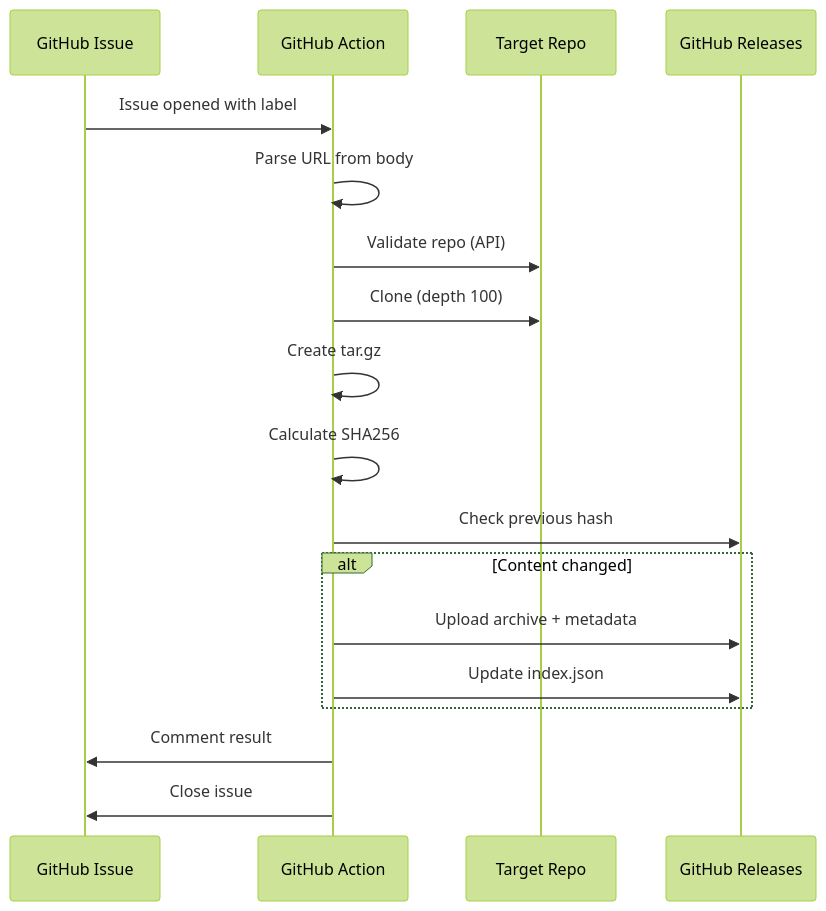
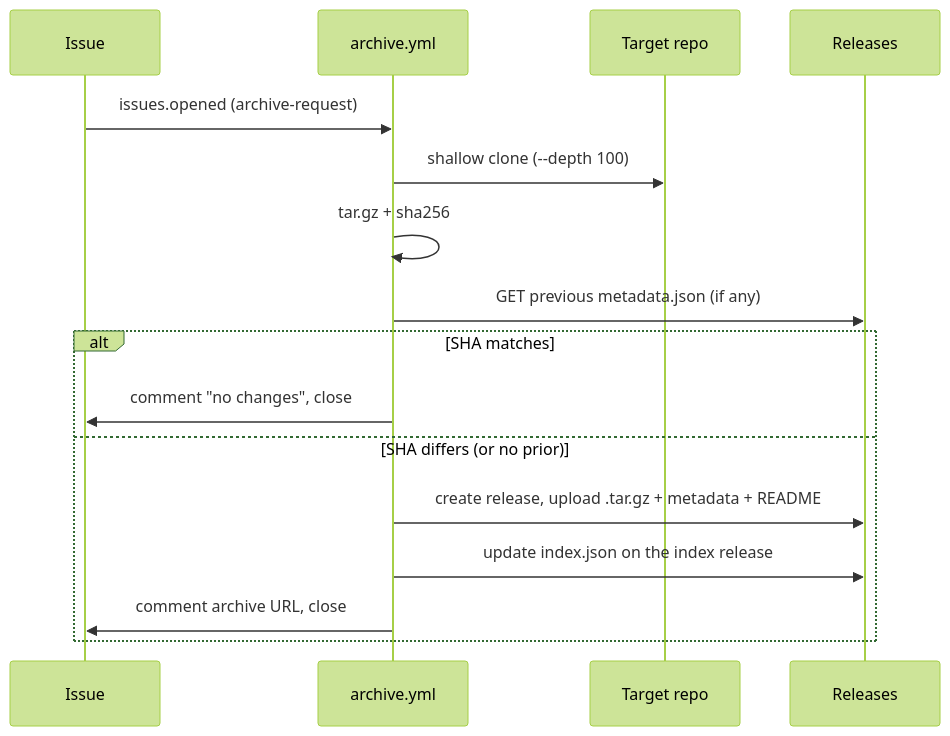
The third of 3 diagrams in .portfolio/architecture.md (Technical-1/Git-Archiver-Web), drawn with Mermaid (forest theme) before and after one commit. The commit also changed other lines of this file and 3 other files, not shown here.

````diff
--- a/.portfolio/architecture.md
+++ b/.portfolio/architecture.md
@@ -241,21 +106,19 @@
 ```mermaid
 sequenceDiagram
-    participant I as GitHub Issue
-    participant A as GitHub Action
-    participant R as Target Repo
-    participant S as GitHub Releases
+    participant I as Issue
+    participant A as archive.yml
+    participant R as Target repo
+    participant S as Releases
 
-    I->>A: Issue opened with label
-    A->>A: Parse URL from body
-    A->>R: Validate repo (API)
-    A->>R: Clone (depth 100)
-    A->>A: Create tar.gz
-    A->>A: Calculate SHA256
-    A->>S: Check previous hash
-    alt Content changed
-        A->>S: Upload archive + metadata
-        A->>S: Update index.json
+    I->>A: issues.opened (archive-request)
+    A->>R: shallow clone (--depth 100)
+    A->>A: tar.gz + sha256
+    A->>S: GET previous metadata.json (if any)
+    alt SHA matches
+        A->>I: comment "no changes", close
+    else SHA differs (or no prior)
+        A->>S: create release, upload .tar.gz + metadata + README
+        A->>S: update index.json on the index release
+        A->>I: comment archive URL, close
     end
-    A->>I: Comment result
-    A->>I: Close issue
 ```
````
